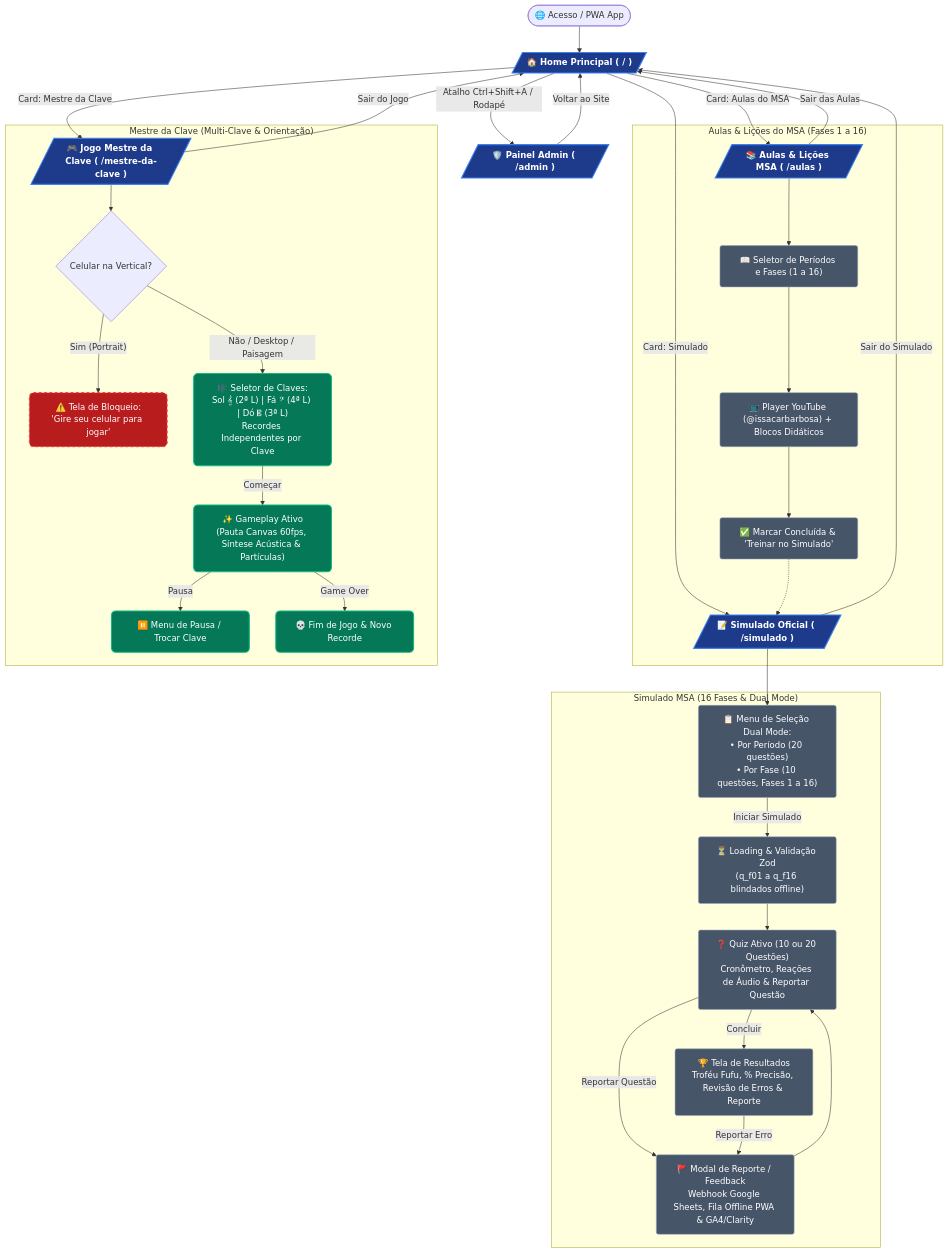
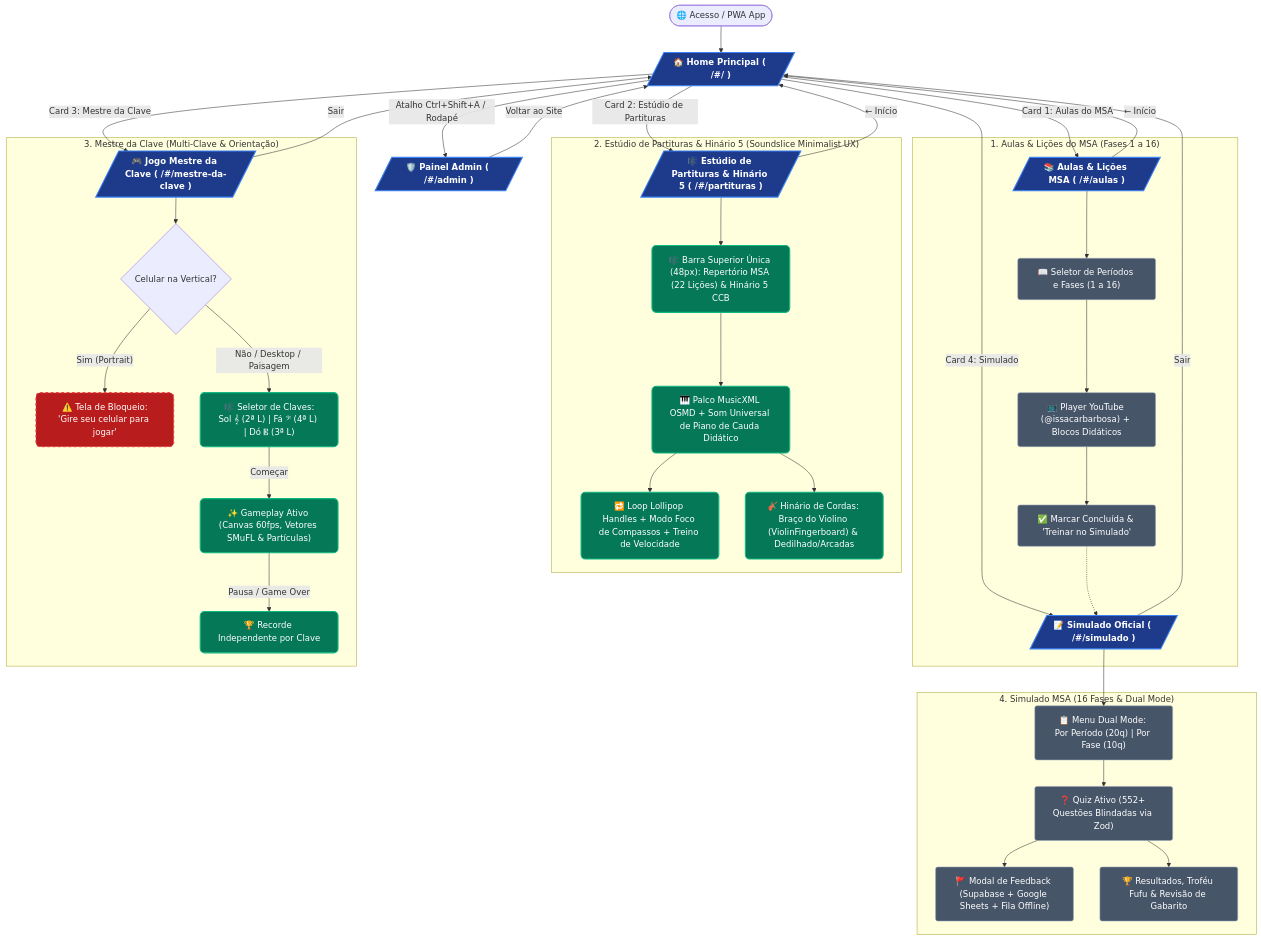
One commit to issacarbarbosa/issa-academy changed the diagram in FLUXO_USUARIO.md. Above: the diagram before and after it, drawn with Mermaid. The commit also changed other lines of this file and 19 other files, not shown here.

````diff
--- a/FLUXO_USUARIO.md
+++ b/FLUXO_USUARIO.md
@@ -9,58 +9,57 @@
 ```mermaid
 graph TD
-    %% Estilos e Cores (Tailwind Palette)
     classDef route fill:#1e3a8a,stroke:#3b82f6,stroke-width:2px,color:#ffffff,font-weight:bold,rx:8px;
     classDef modal fill:#047857,stroke:#10b981,stroke-width:2px,color:#ffffff,rx:8px;
     classDef guard fill:#b91c1c,stroke:#ef4444,stroke-width:2px,color:#ffffff,stroke-dasharray: 5 5,rx:8px;
     classDef state fill:#475569,stroke:#94a3b8,stroke-width:1px,color:#ffffff,rx:4px;
 
-    %% Acesso Inicial
-    A([🌐 Acesso / PWA App]) --> B[/"🏠 Home Principal ( / )"/]
+    A([🌐 Acesso / PWA App]) --> B[/"🏠 Home Principal ( /#/ )"/]
     class B route;
 
-    %% Navegação por Cards na Home
-    B -- "Card: Aulas do MSA" --> C[/"📚 Aulas & Lições MSA ( /aulas )"/]
-    B -- "Card: Mestre da Clave" --> D[/"🎮 Jogo Mestre da Clave ( /mestre-da-clave )"/]
-    B -- "Card: Simulado" --> E[/"📝 Simulado Oficial ( /simulado )"/]
-    B -- "Atalho Ctrl+Shift+A / Rodapé" --> F[/"🛡️ Painel Admin ( /admin )"/]
-    class C,D,E,F route;
+    B -- "Card 1: Aulas do MSA" --> C[/"📚 Aulas & Lições MSA ( /#/aulas )"/]
+    B -- "Card 2: Estúdio de Partituras" --> P[/"🎼 Estúdio de Partituras & Hinário 5 ( /#/partituras )"/]
+    B -- "Card 3: Mestre da Clave" --> D[/"🎮 Jogo Mestre da Clave ( /#/mestre-da-clave )"/]
+    B -- "Card 4: Simulado" --> E[/"📝 Simulado Oficial ( /#/simulado )"/]
+    B -- "Atalho Ctrl+Shift+A / Rodapé" --> F[/"🛡️ Painel Admin ( /#/admin )"/]
+    class C,P,D,E,F route;
 
-    %% SUB-FLUXO: NOVO MÓDULO AULAS MSA
-    subgraph S0 ["Aulas & Lições do MSA (Fases 1 a 16)"]
+    subgraph S0 ["1. Aulas & Lições do MSA (Fases 1 a 16)"]
         C --> C1["📖 Seletor de Períodos e Fases (1 a 16)"]
         C1 --> C2["📺 Player YouTube (@issacarbarbosa) + Blocos Didáticos"]
         C2 --> C3["✅ Marcar Concluída & 'Treinar no Simulado'"]
         C3 -.-> E
     end
     class C1,C2,C3 state;
 
-    %% SUB-FLUXO: JOGO MESTRE DA CLAVE (Com Guarda de Orientação e Multi-Clave)
-    subgraph S1 ["Mestre da Clave (Multi-Clave & Orientação)"]
+    subgraph SP ["2. Estúdio de Partituras & Hinário 5 (Soundslice Minimalist UX)"]
+        P --> P1["🎼 Barra Superior Única (48px): Repertório MSA (22 Lições) & Hinário 5 CCB"]
+        P1 --> P2["🎹 Palco MusicXML OSMD + Som Universal de Piano de Cauda Didático"]
+        P2 --> P3["🔁 Loop Lollipop Handles + Modo Foco de Compassos + Treino de Velocidade"]
+        P2 --> P4["🎻 Hinário de Cordas: Braço do Violino (ViolinFingerboard) & Dedilhado/Arcadas"]
+    end
+    class P1,P2,P3,P4 modal;
+
+    subgraph S1 ["3. Mestre da Clave (Multi-Clave & Orientação)"]
         D --> G{Celular na Vertical?}
         G -- "Sim (Portrait)" --> G1["⚠️ Tela de Bloqueio:<br>'Gire seu celular para jogar'"]
         class G1 guard;
-        G -- "Não / Desktop / Paisagem" --> G2["🎼 Seletor de Claves:<br>Sol 𝄞 (2ª L) | Fá 𝄢 (4ª L) | Dó 𝄡 (3ª L)<br>Recordes Independentes por Clave"]
-        G2 -- "Começar" --> G3["✨ Gameplay Ativo<br>(Pauta Canvas 60fps, Síntese Acústica & Partículas)"]
-        G3 -- "Pausa" --> G4["⏸️ Menu de Pausa / Trocar Clave"]
-        G3 -- "Game Over" --> G5["💀 Fim de Jogo & Novo Recorde"]
-        class G2,G3,G4,G5 modal;
+        G -- "Não / Desktop / Paisagem" --> G2["🎼 Seletor de Claves:<br>Sol 𝄞 (2ª L) | Fá 𝄢 (4ª L) | Dó 𝄡 (3ª L)"]
+        G2 -- "Começar" --> G3["✨ Gameplay Ativo (Canvas 60fps, Vetores SMuFL & Partículas)"]
+        G3 -- "Pausa / Game Over" --> G5["🏆 Recorde Independente por Clave"]
+        class G2,G3,G5 modal;
     end
 
-    %% SUB-FLUXO: SIMULADO MSA (Dual Mode & Feedback)
-    subgraph S2 ["Simulado MSA (16 Fases & Dual Mode)"]
-        E --> H1["📋 Menu de Seleção Dual Mode:<br>• Por Período (20 questões)<br>• Por Fase (10 questões, Fases 1 a 16)"]
-        H1 -- "Iniciar Simulado" --> H2["⏳ Loading & Validação Zod<br>(q_f01 a q_f16 blindados offline)"]
-        H2 --> H3["❓ Quiz Ativo (10 ou 20 Questões)<br>Cronômetro, Reações de Áudio & Reportar Questão"]
-        H3 -- "Reportar Questão" --> H_MODAL["🚩 Modal de Reporte / Feedback<br>Webhook Google Sheets, Fila Offline PWA & GA4/Clarity"]
-        H_MODAL --> H3
-        H3 -- "Concluir" --> H4["🏆 Tela de Resultados<br>Troféu Fufu, % Precisão, Revisão de Erros & Reporte"]
-        H4 -- "Reportar Erro" --> H_MODAL
+    subgraph S2 ["4. Simulado MSA (16 Fases & Dual Mode)"]
+        E --> H1["📋 Menu Dual Mode: Por Período (20q) | Por Fase (10q)"]
+        H1 --> H2["❓ Quiz Ativo (552+ Questões Blindadas via Zod)"]
+        H2 --> H_MODAL["🚩 Modal de Feedback (Supabase + Google Sheets + Fila Offline)"]
+        H2 --> H4["🏆 Resultados, Troféu Fufu & Revisão de Gabarito"]
     end
-    class H1,H2,H3,H4,H_MODAL state;
+    class H1,H2,H4,H_MODAL state;
 
-    %% Botões de Retorno
-    C -- "Sair das Aulas" --> B
-    D -- "Sair do Jogo" --> B
-    E -- "Sair do Simulado" --> B
+    C -- "← Início" --> B
+    P -- "← Início" --> B
+    D -- "Sair" --> B
+    E -- "Sair" --> B
     F -- "Voltar ao Site" --> B
 ```
````
